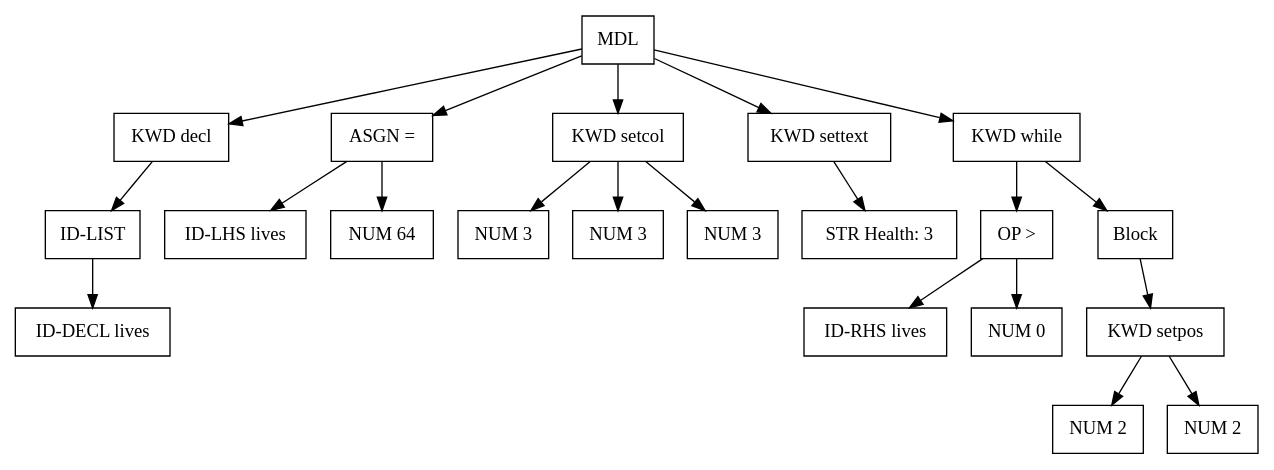
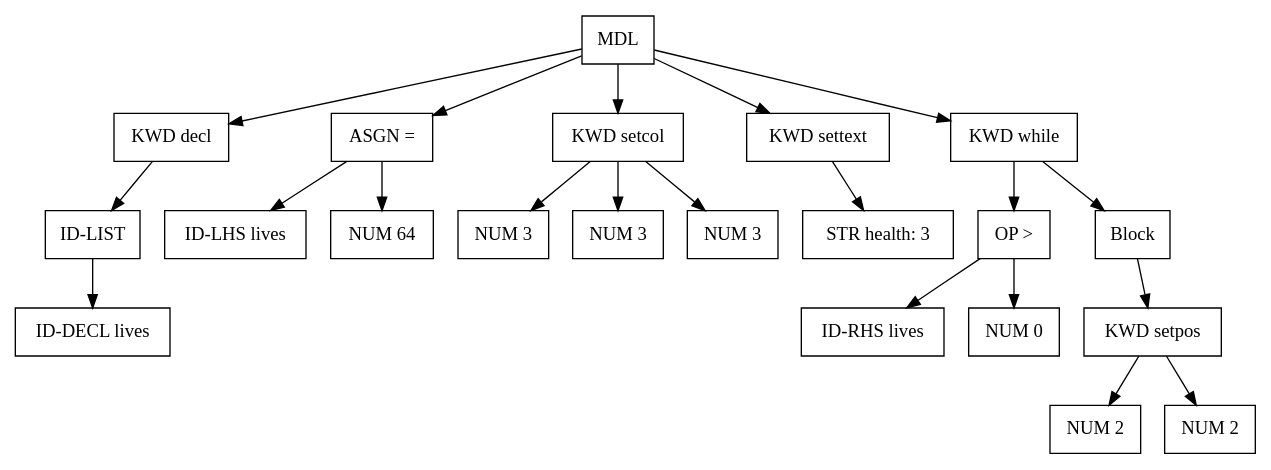
The diagram in assets/code/lives.src.gv (seanbutler/Morris), drawn with Graphviz before and after one commit. The commit also changed 34 other files, not shown here.

```diff
--- a/assets/code/lives.src.gv
+++ b/assets/code/lives.src.gv
@@ -1,65 +1,65 @@
 digraph G {
 node [shape = circle];
-node603 [ uuid = "5fec98c9-b58f-4ec4-957a-3c2dfb280800" shape = "record" label = "MDL
+node603 [ uuid = "ea8e35db-a719-41f2-8a61-47b5122ed80e" shape = "record" label = "MDL
  " ];
-node604 [ uuid = "48018b3d-cbca-494d-ac3a-2bba91c15ca1" shape = "record" label = "KWD
+node604 [ uuid = "e91b0d5b-49ff-418f-83af-0432d9bbce42" shape = "record" label = "KWD
  decl" ];
-node605 [ uuid = "c3bc5b8e-fa55-47a3-b860-2598cb1fcff6" shape = "record" label = "ID-LIST
+node605 [ uuid = "feb8a9f3-4806-4594-b0a2-b3902aa9e7cb" shape = "record" label = "ID-LIST
  " ];
-node606 [ uuid = "9794bb45-b74f-4195-958c-75a898d9e506" shape = "record" label = "ID-DECL
+node606 [ uuid = "6b67be00-2169-4ee6-b51c-48e42af9e961" shape = "record" label = "ID-DECL
  lives" ];
 node605 -> node606;
 node604 -> node605;
 node603 -> node604;
-node608 [ uuid = "b8dbe496-b917-4f66-a8c3-a811fdb1625a" shape = "record" label = "ASGN
+node608 [ uuid = "962e98ca-ed12-45f0-a9d4-ef3a0c84bd0d" shape = "record" label = "ASGN
  =" ];
-node607 [ uuid = "6b0bf966-acc2-4367-bd59-aeccc9296be3" shape = "record" label = "ID-LHS
+node607 [ uuid = "2fb62dc4-d800-4bfd-a7a7-684f64bbf960" shape = "record" label = "ID-LHS
  lives" ];
 node608 -> node607;
-node609 [ uuid = "4c7841b4-7d23-4086-9fc7-6315875073f5" shape = "record" label = "NUM
+node609 [ uuid = "8436265f-cdaf-4ec9-bae2-719343193c59" shape = "record" label = "NUM
  64" ];
 node608 -> node609;
 node603 -> node608;
-node610 [ uuid = "2db2631b-3e43-4fa0-81c8-d00f0e48ace1" shape = "record" label = "KWD
+node610 [ uuid = "f68164f8-9273-4802-84d2-85d06ad5749c" shape = "record" label = "KWD
  setcol" ];
-node611 [ uuid = "866ea17a-b15f-44d1-9141-96f674319851" shape = "record" label = "NUM
+node611 [ uuid = "91651bee-ae9c-4e11-9697-65f55e364c1b" shape = "record" label = "NUM
  3" ];
 node610 -> node611;
-node612 [ uuid = "99fd778f-2ca6-4296-b4cb-0d461dbde4a7" shape = "record" label = "NUM
+node612 [ uuid = "87874c3f-a993-4945-97e3-9b6c6f2cfe6e" shape = "record" label = "NUM
  3" ];
 node610 -> node612;
-node613 [ uuid = "2104eab2-81ab-4d72-96b7-d8ef1d118c42" shape = "record" label = "NUM
+node613 [ uuid = "ebe69d04-2000-4ce9-a533-2d029abdacfe" shape = "record" label = "NUM
  3" ];
 node610 -> node613;
 node603 -> node610;
-node614 [ uuid = "72c4dabf-7293-44aa-a01d-45c03c938000" shape = "record" label = "KWD
+node614 [ uuid = "4e49af92-b548-4572-842e-d7a5c8c1abcd" shape = "record" label = "KWD
  settext" ];
-node615 [ uuid = "91e9e1e6-584c-4e41-b26d-0fa761b09418" shape = "record" label = "STR
- Health: 3" ];
+node615 [ uuid = "632d3883-5cd9-4271-8c1f-62a167b664f2" shape = "record" label = "STR
+ health: 3" ];
 node614 -> node615;
 node603 -> node614;
-node616 [ uuid = "5b853a44-658d-4072-b5b3-85a13d4b03a0" shape = "record" label = "KWD
+node616 [ uuid = "90dfef59-f9fb-416c-af25-117af1ae9246" shape = "record" label = "KWD
  while" ];
-node618 [ uuid = "8d959d4a-6946-45d1-916b-d06e8db4dd26" shape = "record" label = "OP
+node618 [ uuid = "87d1b508-b7e2-4765-87c0-50103ad446c9" shape = "record" label = "OP
  \>" ];
-node617 [ uuid = "9c875fb8-9096-48ea-8dae-e23ab1fc9a95" shape = "record" label = "ID-RHS
+node617 [ uuid = "5efc0ac6-2712-4707-853d-62bfa5ff289d" shape = "record" label = "ID-RHS
  lives" ];
 node618 -> node617;
-node619 [ uuid = "ec9e7724-b584-4039-8bdb-e65e41c9a0e8" shape = "record" label = "NUM
+node619 [ uuid = "4b3c190c-79d2-4a42-a250-0292e77fb0e7" shape = "record" label = "NUM
  0" ];
 node618 -> node619;
 node616 -> node618;
-node620 [ uuid = "9cfc162b-ffbd-4e6a-94aa-b5fd791f1eab" shape = "record" label = "Block
+node620 [ uuid = "30e60a6e-3aa5-408f-9580-8e43da098ba9" shape = "record" label = "Block
  " ];
-node621 [ uuid = "04774e02-2de6-411d-bc59-1bbdcb73f456" shape = "record" label = "KWD
+node621 [ uuid = "da2cb280-4bb1-4895-a08d-a473f1f030c2" shape = "record" label = "KWD
  setpos" ];
-node622 [ uuid = "96117fc9-3186-44da-b2e7-8b6c6c7d312b" shape = "record" label = "NUM
+node622 [ uuid = "2746807b-d1f2-4dd0-8c1e-0620e1a821e8" shape = "record" label = "NUM
  2" ];
 node621 -> node622;
-node623 [ uuid = "4a01b212-3c1c-401f-aa4c-6f4592d855c2" shape = "record" label = "NUM
+node623 [ uuid = "b9b6354b-5bd5-4e98-a61b-d10a82213287" shape = "record" label = "NUM
  2" ];
 node621 -> node623;
 node620 -> node621;
 node616 -> node620;
 node603 -> node616;
 }
```
